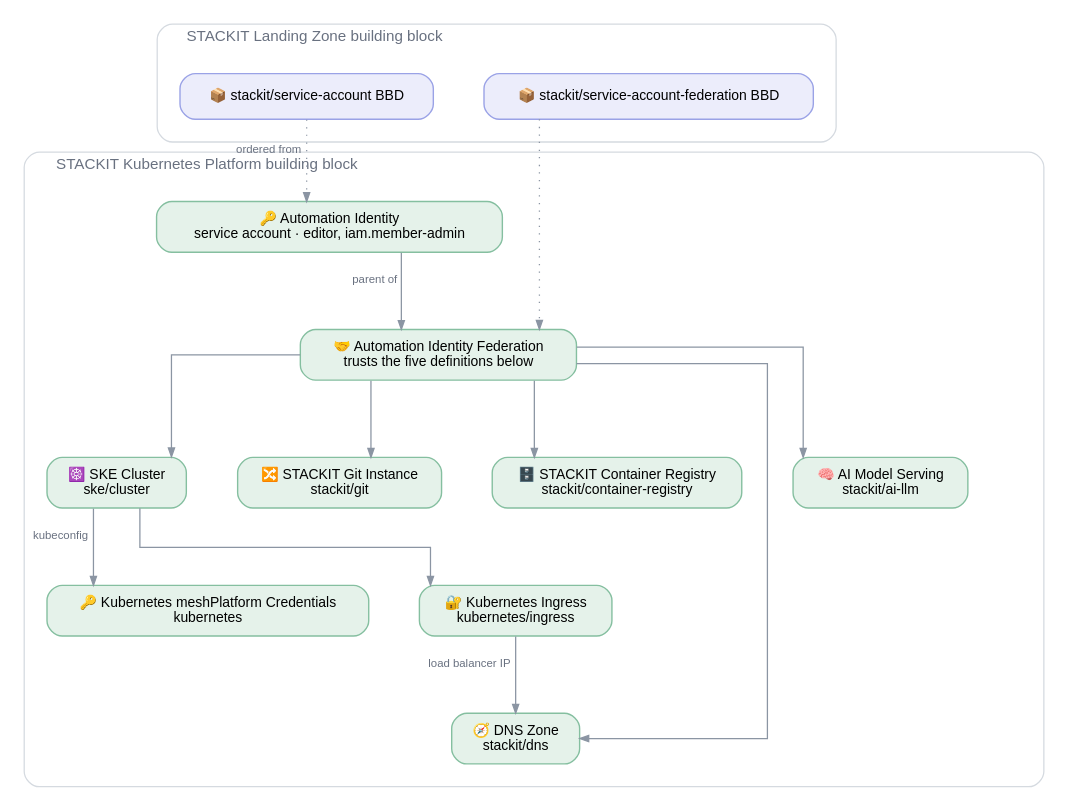
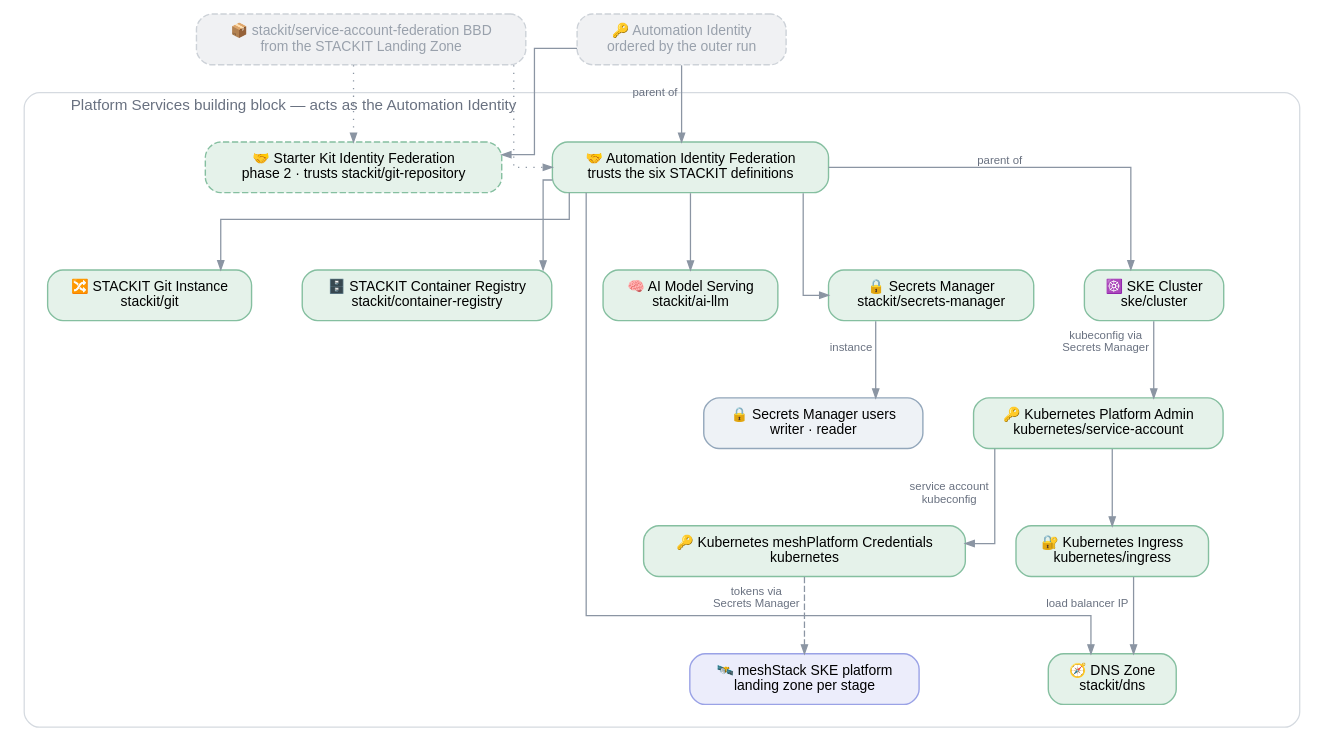
The diagram in reference-architectures/stackit-kubernetes/stackit-kubernetes-building-blocks.dot (meshcloud/meshstack-hub), drawn with Graphviz before and after one commit. The commit also changed 41 other files, not shown here.

```diff
--- a/reference-architectures/stackit-kubernetes/stackit-kubernetes-building-blocks.dot
+++ b/reference-architectures/stackit-kubernetes/stackit-kubernetes-building-blocks.dot
@@ -1,63 +1,69 @@
 /*
- * Building block tree of the STACKIT Kubernetes Platform building block.
+ * Building block tree of the nested Platform Services building block. The outer layer that orders
+ * it is described in README.md, not drawn here.
  * Conventions: .agents/references/diagrams.md — render with: task diagrams
  */
 digraph stackit_kubernetes_building_blocks {
   rankdir=TB
   splines=ortho
   forcelabels=true
   bgcolor="white"
   nodesep=0.55
   ranksep=0.85
 
   node [shape=box style="rounded,filled" fontname="Helvetica" fontsize=11
         fillcolor="#ffffff" color="#a2abb8" penwidth=1.1 margin="0.20,0.11"]
   edge [fontname="Helvetica" fontsize=9 fontcolor="#697180" color="#8b95a3" arrowsize=0.7]
 
-  subgraph cluster_lz {
-    label="  STACKIT Landing Zone building block"
+  // Context only: the landing zone's definition and the outer run's identity.
+  BBD_FED [label="📦 stackit/service-account-federation BBD\nfrom the STACKIT Landing Zone"
+           style="rounded,filled,dashed" fillcolor="#f0f1f3" color="#cdd2d8" fontcolor="#99a1ac"]
+  SA      [label="🔑 Automation Identity\nordered by the outer run"
+           style="rounded,filled,dashed" fillcolor="#f0f1f3" color="#cdd2d8" fontcolor="#99a1ac"]
+
+  { rank=same; BBD_FED -> SA [style=invis] }
+
+  subgraph cluster_platform {
+    label="  Platform Services building block — acts as the Automation Identity"
     labeljust=l
     fontname="Helvetica" fontsize=12 fontcolor="#697180"
     style="rounded" color="#d5dae0"
     margin=18
 
-    BBD_SA  [label="📦 stackit/service-account BBD" fillcolor="#ecedfb" color="#9aa2e6"]
-    BBD_FED [label="📦 stackit/service-account-federation BBD" fillcolor="#ecedfb" color="#9aa2e6"]
-
-    { rank=same; BBD_SA -> BBD_FED [style=invis] }
-  }
-
-  subgraph cluster_platform {
-    label="  STACKIT Kubernetes Platform building block"
-    labeljust=l
-    fontname="Helvetica" fontsize=12 fontcolor="#697180"
-    style="rounded" color="#d5dae0"
-    margin=18
-
-    SA      [label="🔑 Automation Identity\nservice account · editor, iam.member-admin" fillcolor="#e5f2ea" color="#85bfa0"]
-    FED     [label="🤝 Automation Identity Federation\ntrusts the five definitions below" fillcolor="#e5f2ea" color="#85bfa0"]
+    FED     [label="🤝 Automation Identity Federation\ntrusts the six STACKIT definitions" fillcolor="#e5f2ea" color="#85bfa0"]
+    SM      [label="🔒 Secrets Manager\nstackit/secrets-manager" fillcolor="#e5f2ea" color="#85bfa0"]
+    USERS   [label="🔒 Secrets Manager users\nwriter · reader" fillcolor="#eef2f6" color="#93a7bb"]
     CLUSTER [label="☸️ SKE Cluster\nske/cluster" fillcolor="#e5f2ea" color="#85bfa0"]
     GIT     [label="🔀 STACKIT Git Instance\nstackit/git" fillcolor="#e5f2ea" color="#85bfa0"]
     REG     [label="🗄️ STACKIT Container Registry\nstackit/container-registry" fillcolor="#e5f2ea" color="#85bfa0"]
     AI      [label="🧠 AI Model Serving\nstackit/ai-llm" fillcolor="#e5f2ea" color="#85bfa0"]
+    KSA     [label="🔑 Kubernetes Platform Admin\nkubernetes/service-account" fillcolor="#e5f2ea" color="#85bfa0"]
     CREDS   [label="🔑 Kubernetes meshPlatform Credentials\nkubernetes" fillcolor="#e5f2ea" color="#85bfa0"]
     ING     [label="🔐 Kubernetes Ingress\nkubernetes/ingress" fillcolor="#e5f2ea" color="#85bfa0"]
     DNS     [label="🧭 DNS Zone\nstackit/dns" fillcolor="#e5f2ea" color="#85bfa0"]
+    MP      [label="🛰️ meshStack SKE platform\nlanding zone per stage" fillcolor="#ecedfb" color="#9aa2e6"]
+    SKFED   [label="🤝 Starter Kit Identity Federation\nphase 2 · trusts stackit/git-repository"
+             style="rounded,filled,dashed" fillcolor="#e5f2ea" color="#85bfa0"]
 
-    { rank=same; CLUSTER -> GIT -> REG -> AI [style=invis] }
+    { rank=same; SM -> CLUSTER -> GIT -> REG -> AI [style=invis] }
     { rank=same; CREDS -> ING [style=invis] }
 
-    SA      -> FED     [xlabel="parent of"]
-    FED     -> CLUSTER
+    FED     -> CLUSTER [xlabel="parent of"]
     FED     -> GIT
     FED     -> REG
     FED     -> AI
-    CLUSTER -> CREDS   [xlabel="kubeconfig"]
-    CLUSTER -> ING
+    FED     -> SM
+    SM      -> USERS   [xlabel="instance"]
+    CLUSTER -> KSA     [xlabel="kubeconfig via\nSecrets Manager"]
+    KSA     -> CREDS   [xlabel="service account\nkubeconfig"]
+    KSA     -> ING
     ING     -> DNS     [xlabel="load balancer IP"]
     FED     -> DNS     [constraint=false]
+    CREDS   -> MP      [xlabel="tokens via\nSecrets Manager" style=dashed]
   }
 
-  BBD_SA  -> SA  [xlabel="ordered from" style=dotted]
-  BBD_FED -> FED [style=dotted]
+  SA      -> FED   [xlabel="parent of"]
+  SA      -> SKFED
+  BBD_FED -> FED   [style=dotted]
+  BBD_FED -> SKFED [style=dotted]
 }
```
